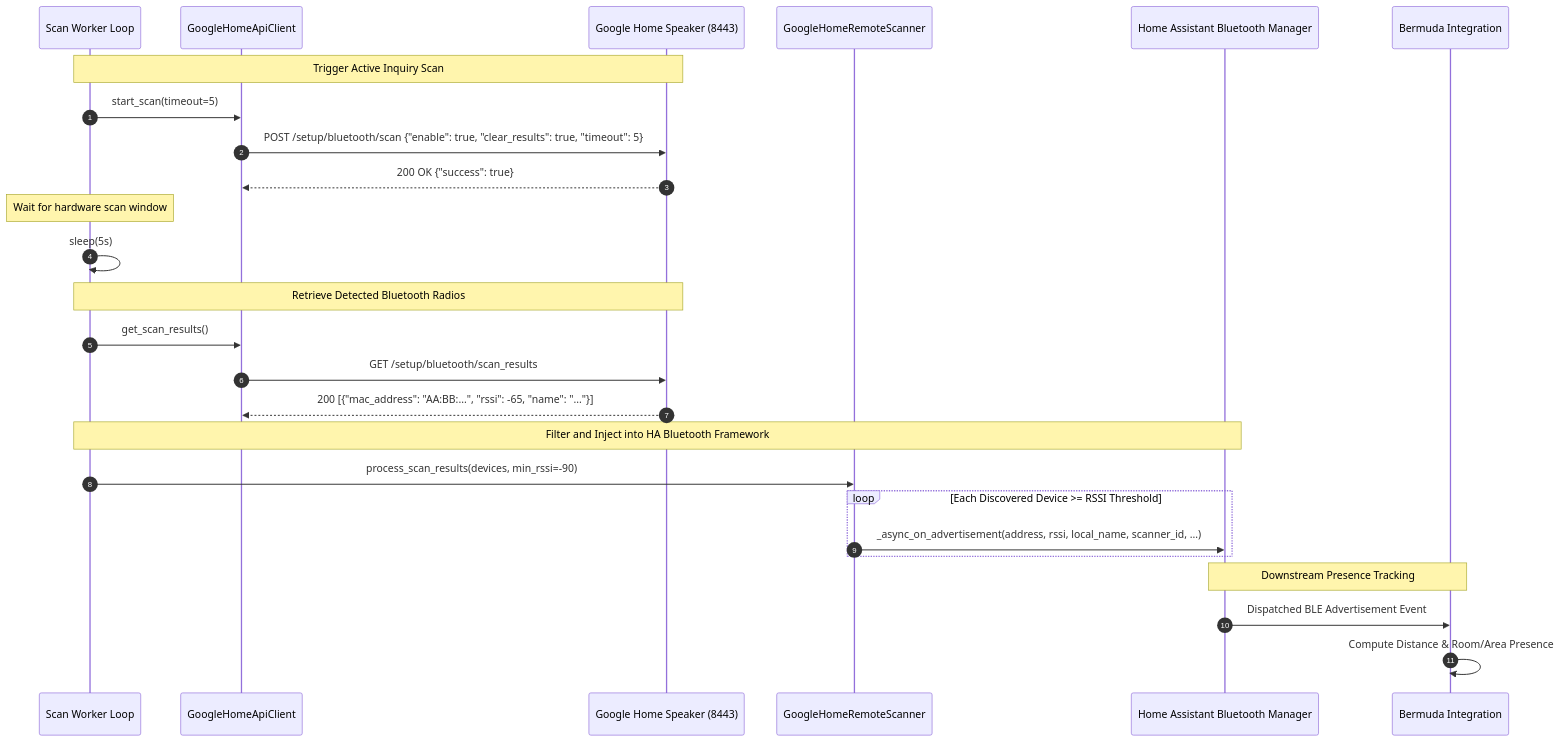
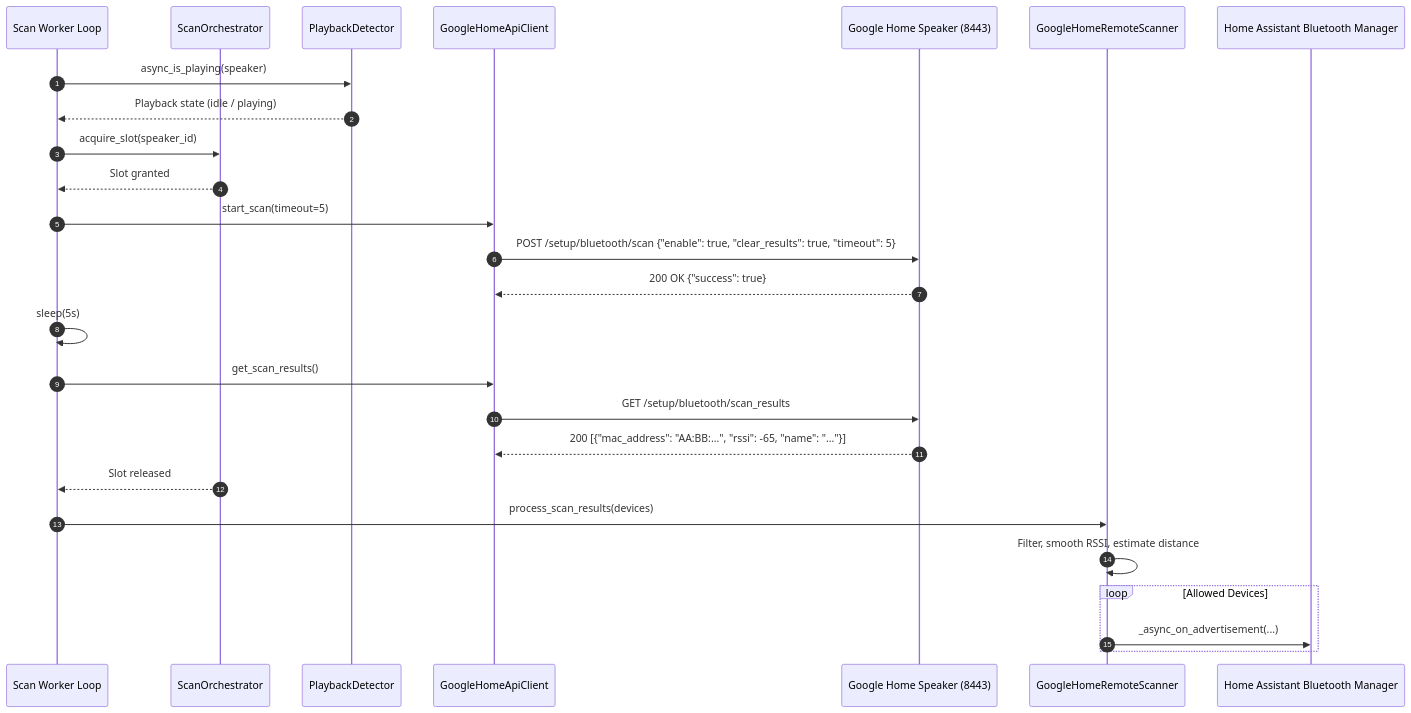
The second of 2 diagrams in ARCHITECTURE.md (spelech/ha-google-home-bt-proxy), drawn with Mermaid before and after one commit. The commit also changed other lines of this file and 6 other files, not shown here.

````diff
--- a/ARCHITECTURE.md
+++ b/ARCHITECTURE.md
@@ -65,33 +76,35 @@
 ```mermaid
 sequenceDiagram
     autonumber
     participant Worker as Scan Worker Loop
+    participant Orch as ScanOrchestrator
+    participant Play as PlaybackDetector
     participant Api as GoogleHomeApiClient
     participant Spk as Google Home Speaker (8443)
     participant Scanner as GoogleHomeRemoteScanner
     participant HABT as Home Assistant Bluetooth Manager
-    participant Bermuda as Bermuda Integration
 
-    Note over Worker,Spk: Trigger Active Inquiry Scan
+    Worker->>Play: async_is_playing(speaker)
+    Play-->>Worker: Playback state (idle / playing)
+
+    Worker->>Orch: acquire_slot(speaker_id)
+    Orch-->>Worker: Slot granted
+
     Worker->>Api: start_scan(timeout=5)
     Api->>Spk: POST /setup/bluetooth/scan {"enable": true, "clear_results": true, "timeout": 5}
     Spk-->>Api: 200 OK {"success": true}
 
-    Note over Worker: Wait for hardware scan window
     Worker->>Worker: sleep(5s)
 
-    Note over Worker,Spk: Retrieve Detected Bluetooth Radios
     Worker->>Api: get_scan_results()
     Api->>Spk: GET /setup/bluetooth/scan_results
     Spk-->>Api: 200 [{"mac_address": "AA:BB:...", "rssi": -65, "name": "..."}]
 
-    Note over Worker,HABT: Filter and Inject into HA Bluetooth Framework
-    Worker->>Scanner: process_scan_results(devices, min_rssi=-90)
-    loop Each Discovered Device >= RSSI Threshold
-        Scanner->>HABT: _async_on_advertisement(address, rssi, local_name, scanner_id, ...)
+    Orch-->>Worker: Slot released
+
+    Worker->>Scanner: process_scan_results(devices)
+    Scanner->>Scanner: Filter, smooth RSSI, estimate distance
+    loop Allowed Devices
+        Scanner->>HABT: _async_on_advertisement(...)
     end
-
-    Note over HABT,Bermuda: Downstream Presence Tracking
-    HABT->>Bermuda: Dispatched BLE Advertisement Event
-    Bermuda->>Bermuda: Compute Distance & Room/Area Presence
 ```
````
